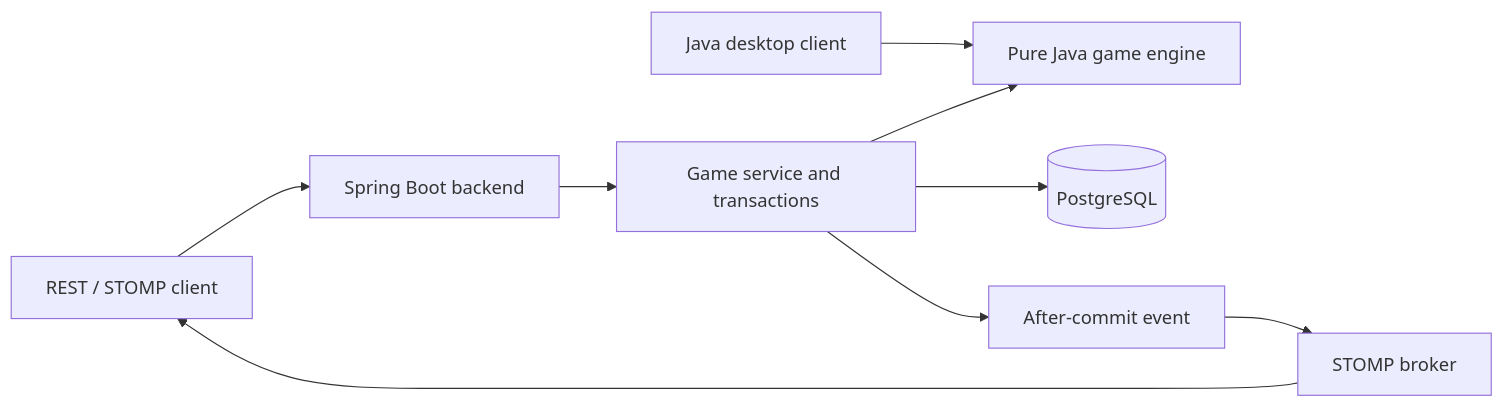
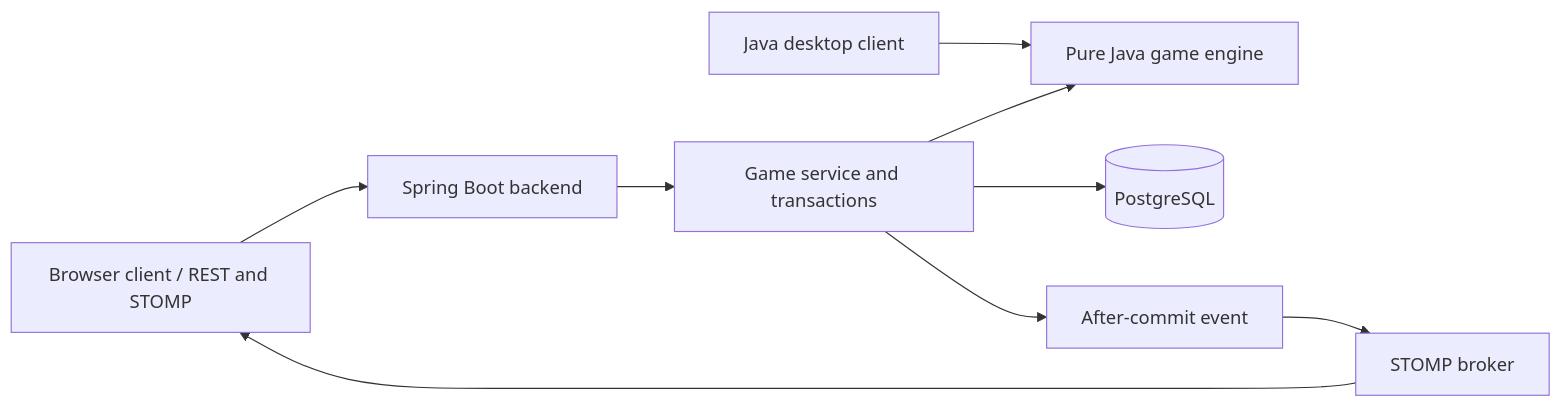
One commit to hannnz1/nine-mens-morris-java changed the diagram in README.md. Above: the diagram before and after it, drawn with Mermaid. The commit also changed other lines of this file and 4 other files, not shown here.

Commit message:
Add browser multiplayer client and API demo with updated usage documentation

````diff
--- a/README.md
+++ b/README.md
@@ -38,11 +39,11 @@
 ```mermaid
 flowchart LR
     Desktop[Java desktop client] --> Engine[Pure Java game engine]
-    Client[REST / STOMP client] --> API[Spring Boot backend]
+    Client[Browser client / REST and STOMP] --> API[Spring Boot backend]
     API --> Service[Game service and transactions]
     Service --> Engine
     Service --> DB[(PostgreSQL)]
     Service --> Commit[After-commit event]
     Commit --> WS[STOMP broker]
     WS --> Client
 ```
````
